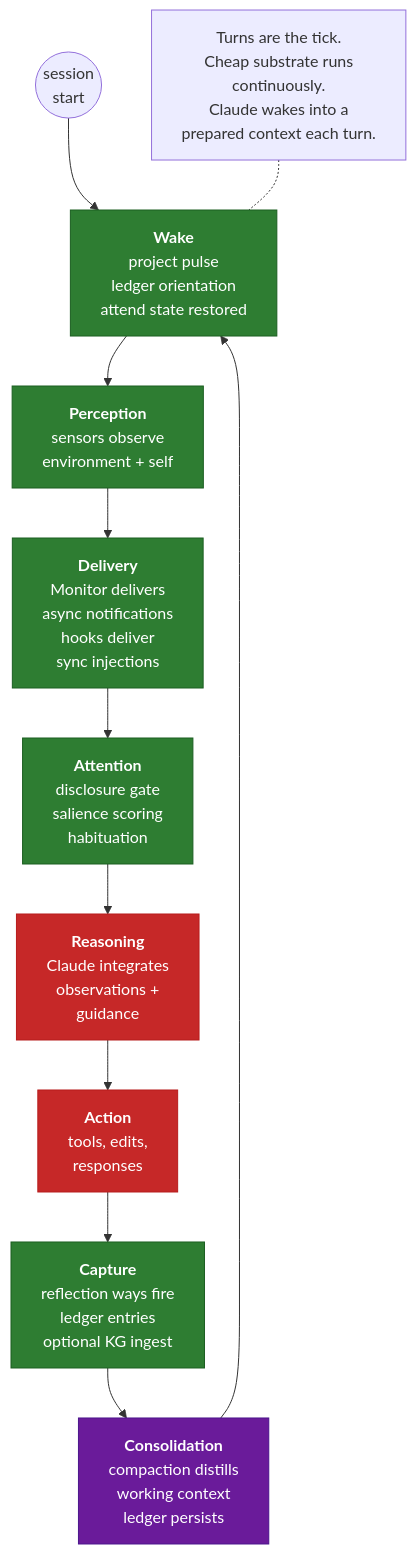
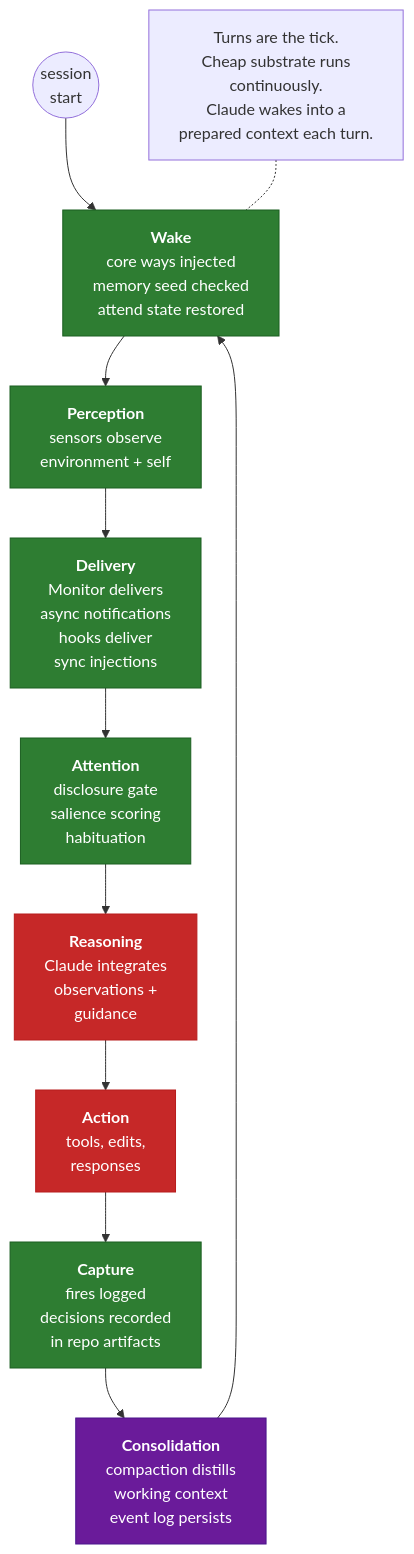
Before and after one commit to aaronsb/agent-ways: the third of 3 diagrams in docs/cognitive-loop.md, drawn with Mermaid. The commit also changed other lines of this file and 6 other files, not shown here.

````diff
--- a/docs/cognitive-loop.md
+++ b/docs/cognitive-loop.md
@@ -224,31 +219,31 @@
 ```mermaid
 flowchart TB
     classDef cheap fill:#2E7D32,stroke:#1B5E20,color:#fff
     classDef expensive fill:#C62828,stroke:#B71C1C,color:#fff
     classDef mixed fill:#6A1B9A,stroke:#4A148C,color:#fff
 
     Start((session<br/>start))
 
-    W["<b>Wake</b><br/>project pulse<br/>ledger orientation<br/>attend state restored"]:::cheap
+    W["<b>Wake</b><br/>core ways injected<br/>memory seed checked<br/>attend state restored"]:::cheap
     P["<b>Perception</b><br/>sensors observe<br/>environment + self"]:::cheap
     D["<b>Delivery</b><br/>Monitor delivers<br/>async notifications<br/>hooks deliver<br/>sync injections"]:::cheap
     At["<b>Attention</b><br/>disclosure gate<br/>salience scoring<br/>habituation"]:::cheap
     R["<b>Reasoning</b><br/>Claude integrates<br/>observations +<br/>guidance"]:::expensive
     Ac["<b>Action</b><br/>tools, edits,<br/>responses"]:::expensive
-    Ca["<b>Capture</b><br/>reflection ways fire<br/>ledger entries<br/>optional KG ingest"]:::cheap
-    Co["<b>Consolidation</b><br/>compaction distills<br/>working context<br/>ledger persists"]:::mixed
+    Ca["<b>Capture</b><br/>fires logged<br/>decisions recorded<br/>in repo artifacts"]:::cheap
+    Co["<b>Consolidation</b><br/>compaction distills<br/>working context<br/>event log persists"]:::mixed
 
     Start --> W
     W --> P
     P --> D
     D --> At
     At --> R
     R --> Ac
     Ac --> Ca
     Ca --> Co
     Co --> W
 
     Note1["Turns are the tick.<br/>Cheap substrate runs<br/>continuously.<br/>Claude wakes into a<br/>prepared context each turn."]
 
     Note1 -.- W
 ```
````
